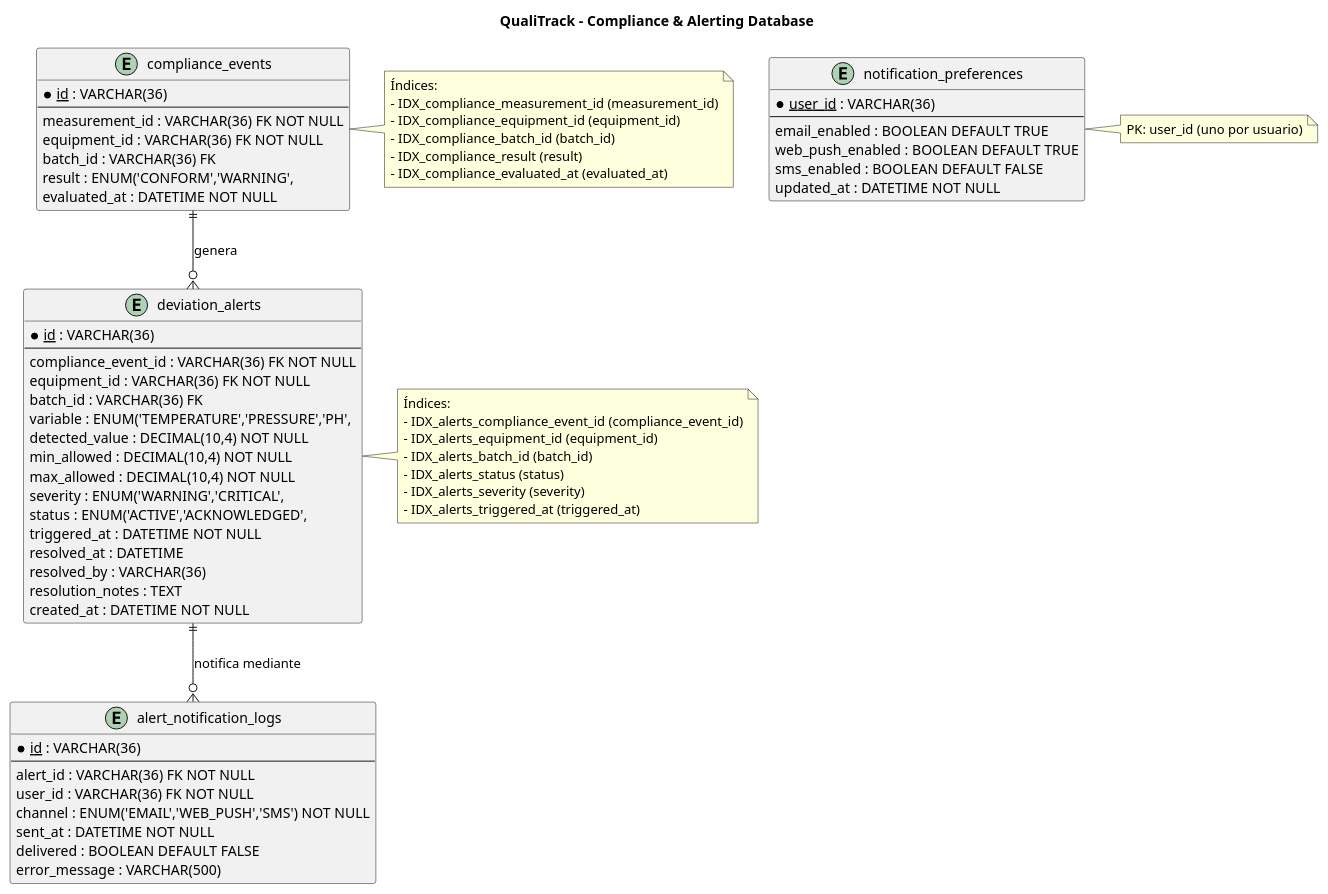
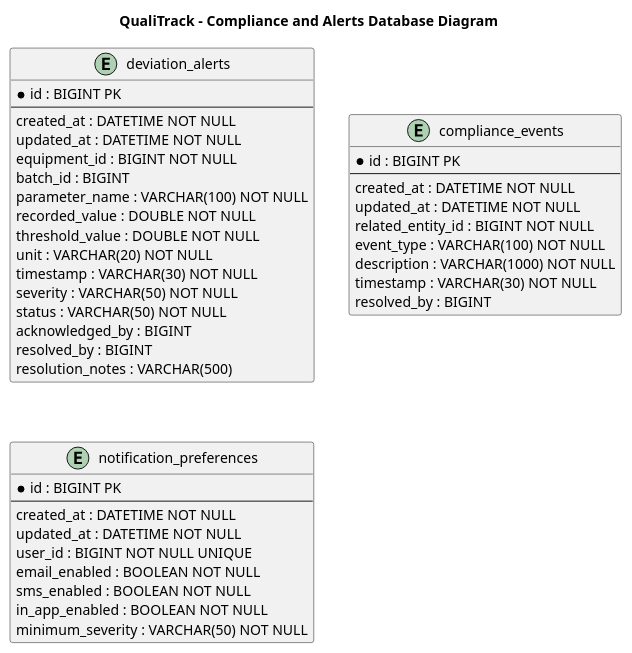
Before and after one commit to ClosedSource-11848/qualitrack-platform: the diagram in docs/diagrams/ca/ca-database-diagram.puml, drawn with PlantUML. The commit also changed 18 other files, not shown here.

Commit message:
docs(docs): fix backend and data base diagrams.

```diff
--- a/docs/diagrams/ca/ca-database-diagram.puml
+++ b/docs/diagrams/ca/ca-database-diagram.puml
@@ -1,87 +1,51 @@
-@startuml compliance-database-diagram
-title QualiTrack – Compliance & Alerting Database
+@startuml ca-database-diagram
+
+title QualiTrack - Compliance and Alerts Database Diagram
 
 hide methods
 hide stereotypes
 
-entity "compliance_events" {
-  * <u>id</u> : VARCHAR(36)
+entity "deviation_alerts" {
+  * id : BIGINT PK
   --
-  measurement_id : VARCHAR(36) FK NOT NULL
-  equipment_id : VARCHAR(36) FK NOT NULL
-  batch_id : VARCHAR(36) FK
-  result : ENUM('CONFORM','WARNING',
-    'DEVIATION',
-    'CRITICAL_DEVIATION') NOT NULL
-  evaluated_at : DATETIME NOT NULL
+  created_at : DATETIME NOT NULL
+  updated_at : DATETIME NOT NULL
+  equipment_id : BIGINT NOT NULL
+  batch_id : BIGINT
+  parameter_name : VARCHAR(100) NOT NULL
+  recorded_value : DOUBLE NOT NULL
+  threshold_value : DOUBLE NOT NULL
+  unit : VARCHAR(20) NOT NULL
+  timestamp : VARCHAR(30) NOT NULL
+  severity : VARCHAR(50) NOT NULL
+  status : VARCHAR(50) NOT NULL
+  acknowledged_by : BIGINT
+  resolved_by : BIGINT
+  resolution_notes : VARCHAR(500)
 }
 
-entity "deviation_alerts" {
-  * <u>id</u> : VARCHAR(36)
+entity "compliance_events" {
+  * id : BIGINT PK
   --
-  compliance_event_id : VARCHAR(36) FK NOT NULL
-  equipment_id : VARCHAR(36) FK NOT NULL
-  batch_id : VARCHAR(36) FK
-  variable : ENUM('TEMPERATURE','PRESSURE','PH',
-    'HUMIDITY','FLOW_RATE') NOT NULL
-  detected_value : DECIMAL(10,4) NOT NULL
-  min_allowed : DECIMAL(10,4) NOT NULL
-  max_allowed : DECIMAL(10,4) NOT NULL
-  severity : ENUM('WARNING','CRITICAL',
-    'CATASTROPHIC') NOT NULL
-  status : ENUM('ACTIVE','ACKNOWLEDGED',
-    'RESOLVED','ESCALATED') DEFAULT 'ACTIVE'
-  triggered_at : DATETIME NOT NULL
-  resolved_at : DATETIME
-  resolved_by : VARCHAR(36)
-  resolution_notes : TEXT
   created_at : DATETIME NOT NULL
+  updated_at : DATETIME NOT NULL
+  related_entity_id : BIGINT NOT NULL
+  event_type : VARCHAR(100) NOT NULL
+  description : VARCHAR(1000) NOT NULL
+  timestamp : VARCHAR(30) NOT NULL
+  resolved_by : BIGINT
 }
 
 entity "notification_preferences" {
-  * <u>user_id</u> : VARCHAR(36)
+  * id : BIGINT PK
   --
-  email_enabled : BOOLEAN DEFAULT TRUE
-  web_push_enabled : BOOLEAN DEFAULT TRUE
-  sms_enabled : BOOLEAN DEFAULT FALSE
+  created_at : DATETIME NOT NULL
   updated_at : DATETIME NOT NULL
+  user_id : BIGINT NOT NULL UNIQUE
+  email_enabled : BOOLEAN NOT NULL
+  sms_enabled : BOOLEAN NOT NULL
+  in_app_enabled : BOOLEAN NOT NULL
+  minimum_severity : VARCHAR(50) NOT NULL
 }
 
-entity "alert_notification_logs" {
-  * <u>id</u> : VARCHAR(36)
-  --
-  alert_id : VARCHAR(36) FK NOT NULL
-  user_id : VARCHAR(36) FK NOT NULL
-  channel : ENUM('EMAIL','WEB_PUSH','SMS') NOT NULL
-  sent_at : DATETIME NOT NULL
-  delivered : BOOLEAN DEFAULT FALSE
-  error_message : VARCHAR(500)
-}
-
-compliance_events ||--o{ deviation_alerts : "genera"
-deviation_alerts ||--o{ alert_notification_logs : "notifica mediante"
-
-note right of compliance_events
-  Índices:
-  - IDX_compliance_measurement_id (measurement_id)
-  - IDX_compliance_equipment_id (equipment_id)
-  - IDX_compliance_batch_id (batch_id)
-  - IDX_compliance_result (result)
-  - IDX_compliance_evaluated_at (evaluated_at)
-end note
-
-note right of deviation_alerts
-  Índices:
-  - IDX_alerts_compliance_event_id (compliance_event_id)
-  - IDX_alerts_equipment_id (equipment_id)
-  - IDX_alerts_batch_id (batch_id)
-  - IDX_alerts_status (status)
-  - IDX_alerts_severity (severity)
-  - IDX_alerts_triggered_at (triggered_at)
-end note
-
-note right of notification_preferences
-  PK: user_id (uno por usuario)
-end note
-
 @enduml
```
